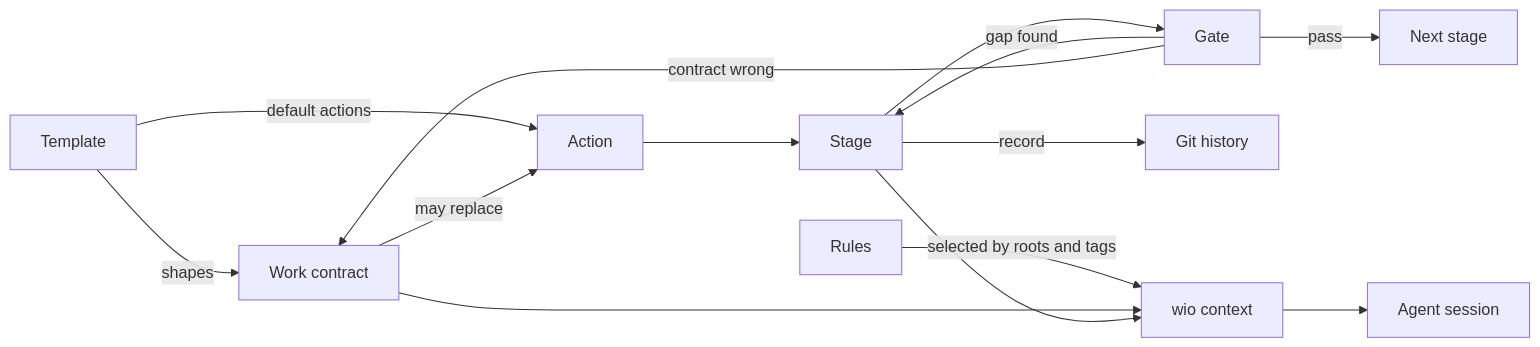
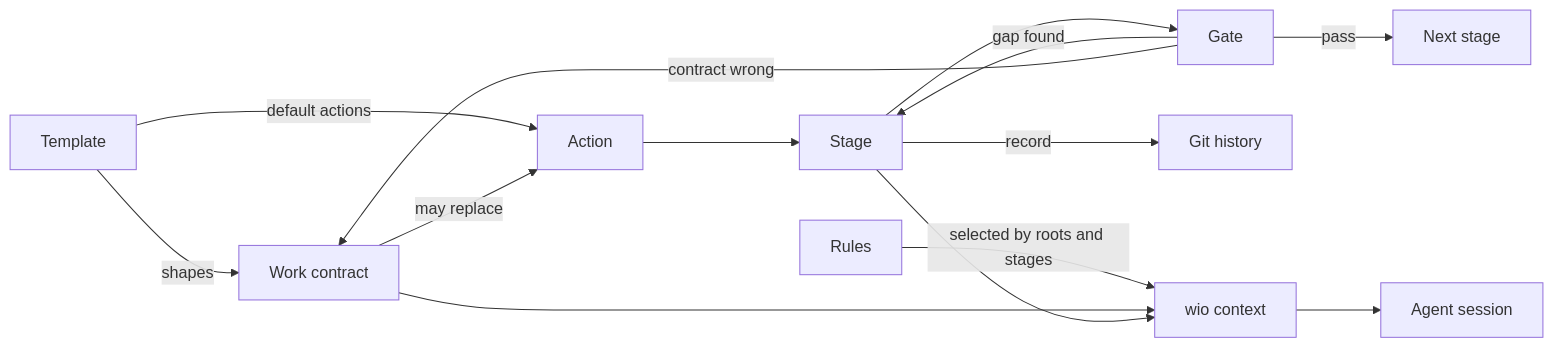
Before and after one commit to msitarz/wio: the diagram in README.md, drawn with Mermaid. The commit also changed other lines of this file and 11 other files, not shown here.

First line of the commit message:
docs: select rules by root and stage presets instead of tags (#60)

````diff
--- a/README.md
+++ b/README.md
@@ -119,16 +119,16 @@
 ```mermaid
 flowchart LR
     T[Template] -->|shapes| C[Work contract]
     T -->|default actions| A[Action]
     C -->|may replace| A
     A --> S[Stage]
     S --> G[Gate]
     G -->|pass| S2[Next stage]
     G -->|gap found| S
     G -->|contract wrong| C
     S -->|record| H[Git history]
-    R[Rules] -->|selected by roots and tags| X[wio context]
+    R[Rules] -->|selected by roots and stages| X[wio context]
     C --> X
     S --> X
     X --> AG[Agent session]
 ```
````
